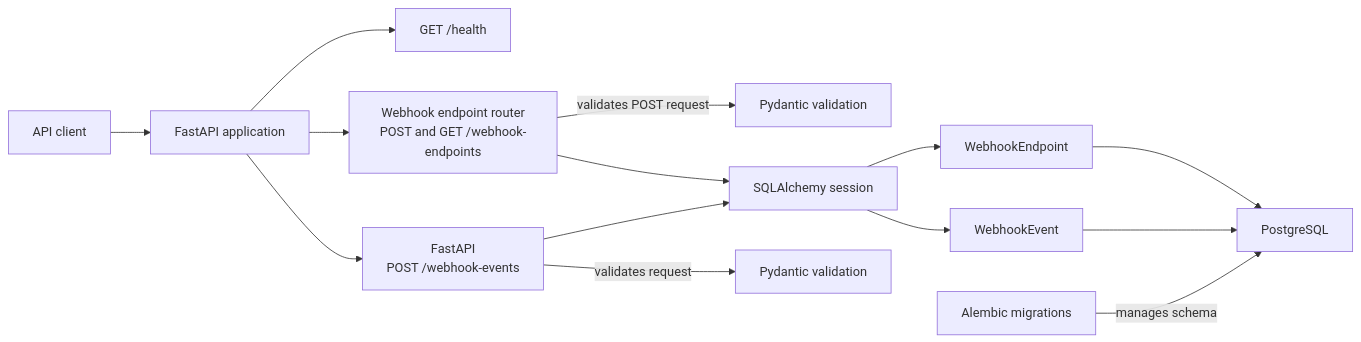
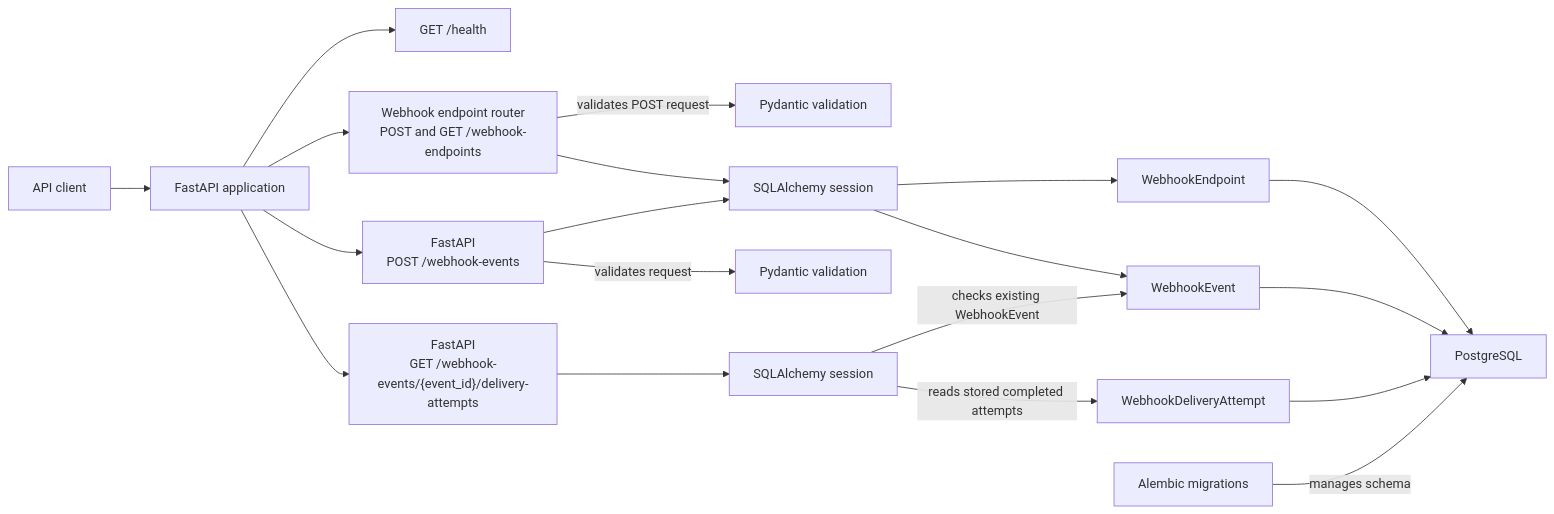
One commit to lukaszj321/reliable-webhook-service changed the diagram in README.md. Above: the diagram before and after it, drawn with Mermaid. The commit also changed other lines of this file and 4 other files, not shown here.

Commit message:
docs: document delivery attempt listing API

````diff
--- a/README.md
+++ b/README.md
@@ -56,16 +59,21 @@
 ```mermaid
 flowchart LR
     Client["API client"] --> App["FastAPI application"]
     App --> Health["GET /health"]
     App --> Router["Webhook endpoint router<br/>POST and GET /webhook-endpoints"]
     Router -->|"validates POST request"| Validation["Pydantic validation"]
     Router --> Session["SQLAlchemy session"]
     Session --> Endpoint["WebhookEndpoint"]
     Endpoint --> PostgreSQL["PostgreSQL"]
     App --> EventAPI["FastAPI<br/>POST /webhook-events"]
     EventAPI -->|"validates request"| EventValidation["Pydantic validation"]
     EventAPI --> Session
     Session --> Event["WebhookEvent"]
     Event --> PostgreSQL
+    App --> AttemptAPI["FastAPI<br/>GET /webhook-events/{event_id}/delivery-attempts"]
+    AttemptAPI --> AttemptSession["SQLAlchemy session"]
+    AttemptSession -->|"checks existing WebhookEvent"| Event
+    AttemptSession -->|"reads stored completed attempts"| Attempt["WebhookDeliveryAttempt"]
+    Attempt --> PostgreSQL
     Migrations["Alembic migrations"] -->|"manages schema"| PostgreSQL
 ```
````
